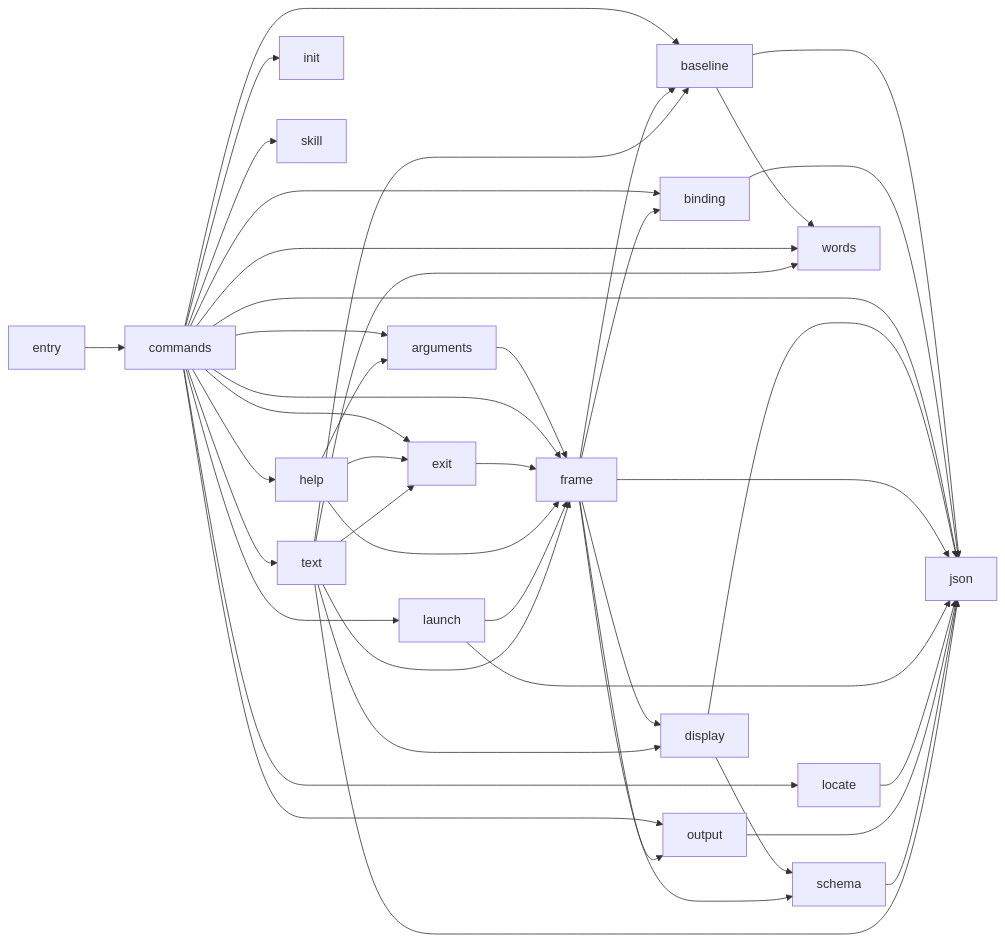
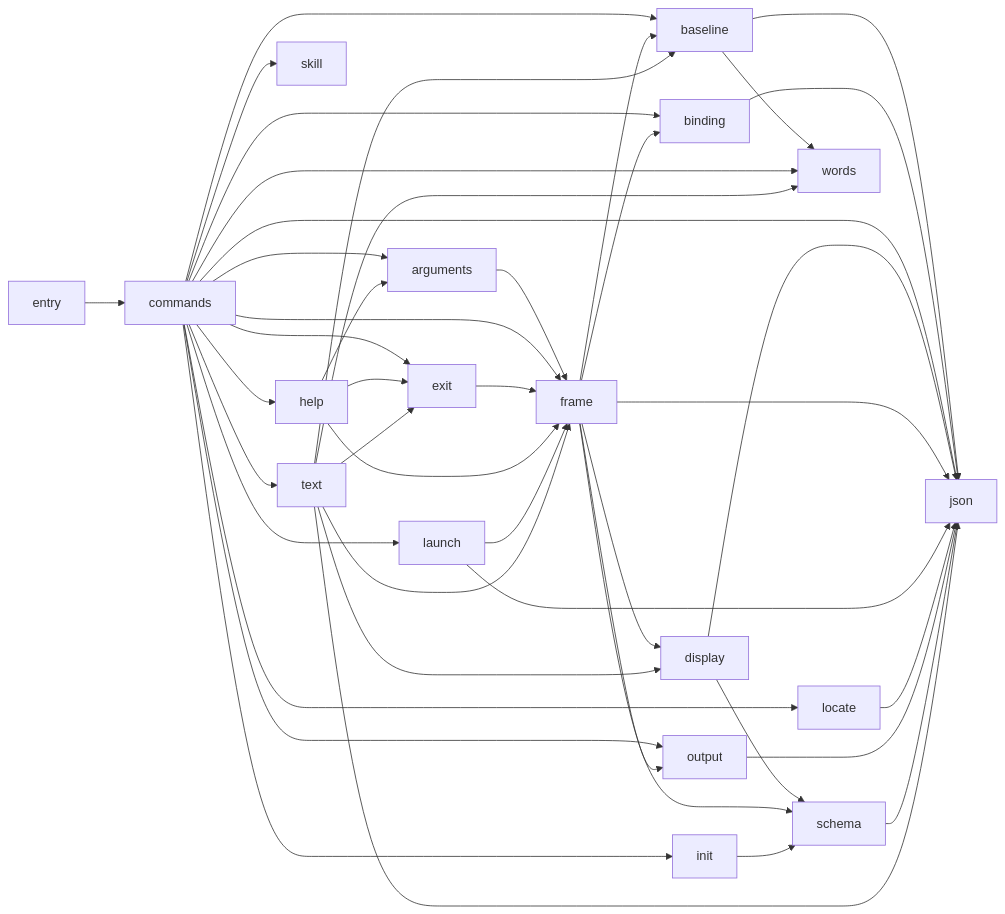
One commit to rapiddweller/archkeel changed the diagram in docs/architecture/shell.md. Above: the diagram before and after it, drawn with Mermaid.

Commit message:
Draw the edge from init to schema in the component graph

````diff
--- a/docs/architecture/shell.md
+++ b/docs/architecture/shell.md
@@ -54,63 +54,64 @@
 ```mermaid
 flowchart LR
     n_0["arguments"]
     n_1["baseline"]
     n_2["binding"]
     n_3["commands"]
     n_4["display"]
     n_5["entry"]
     n_6["exit"]
     n_7["frame"]
     n_8["help"]
     n_9["init"]
     n_10["json"]
     n_11["launch"]
     n_12["locate"]
     n_13["output"]
     n_14["schema"]
     n_15["skill"]
     n_16["text"]
     n_17["words"]
     n_0 --> n_7
     n_1 --> n_10
     n_1 --> n_17
     n_2 --> n_10
     n_3 --> n_0
     n_3 --> n_1
     n_3 --> n_2
     n_3 --> n_6
     n_3 --> n_7
     n_3 --> n_8
     n_3 --> n_9
     n_3 --> n_10
     n_3 --> n_11
     n_3 --> n_12
     n_3 --> n_13
     n_3 --> n_15
     n_3 --> n_16
     n_3 --> n_17
     n_4 --> n_10
     n_4 --> n_14
     n_5 --> n_3
     n_6 --> n_7
     n_7 --> n_1
     n_7 --> n_2
     n_7 --> n_4
     n_7 --> n_10
     n_7 --> n_13
     n_7 --> n_14
     n_8 --> n_0
     n_8 --> n_6
     n_8 --> n_7
+    n_9 --> n_14
     n_11 --> n_7
     n_11 --> n_10
     n_12 --> n_10
     n_13 --> n_10
     n_14 --> n_10
     n_16 --> n_1
     n_16 --> n_4
     n_16 --> n_6
     n_16 --> n_7
     n_16 --> n_10
     n_16 --> n_17
 ```
````
